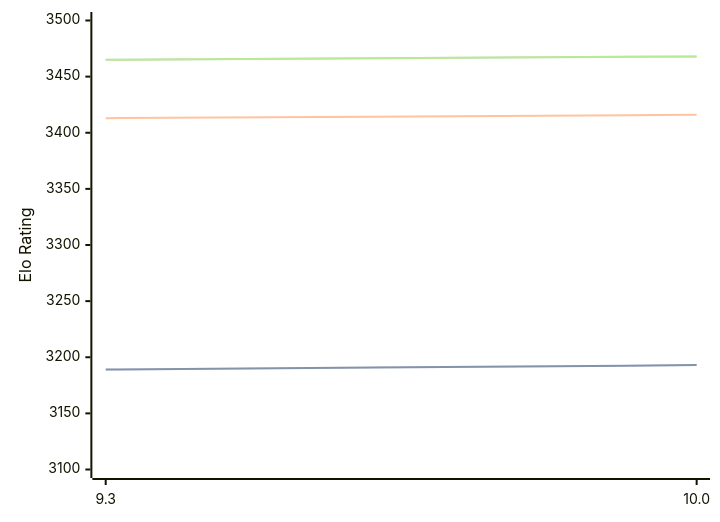
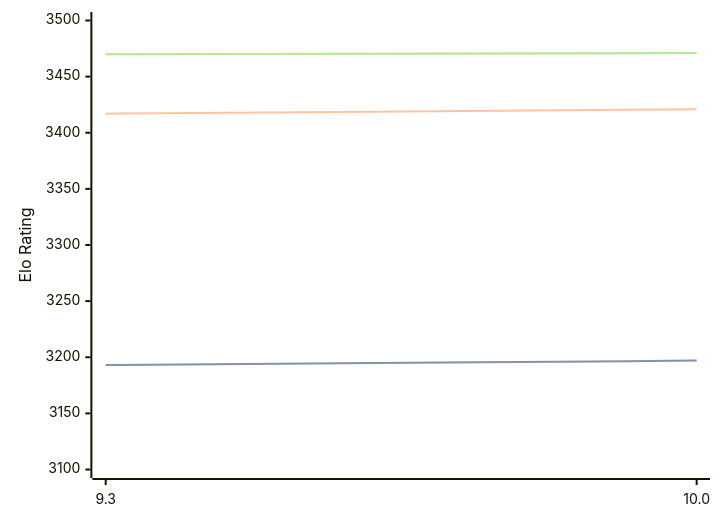
Before and after one commit to computer-chess-index/cci: the diagram in engines/Fire.md, drawn with Mermaid. The commit also changed other lines of this file, not shown here.

Commit message:
Update CCI Ratings (ELO VLTC) - 2026-05-02

````diff
--- a/engines/Fire.md
+++ b/engines/Fire.md
@@ -47,11 +47,11 @@
 ```mermaid
 %%{init: {"theme":"base","themeVariables":{"seriesColors:['#a3a3a3','#222221','#faa371']}}}%%
 xychart-beta
   x-axis ["9.3", "10.0"]
   y-axis "Elo Rating" 3100 --> 3500
-  line "STC (8.0+0.08s)" [3189, 3193]
-  line "STC (8.0+0.08s)" [3189, 3193]
-  line "LTC (60.0+0.60s)" [3413, 3416]
-  line "VLTC (2m24s+1.12s)" [3465, 3468]
-  line "VLTC (2m24s+1.12s)" [3465, 3468]
+  line "STC (8.0+0.08s)" [3193, 3197]
+  line "STC (8.0+0.08s)" [3193, 3197]
+  line "LTC (60.0+0.60s)" [3417, 3421]
+  line "VLTC (2m24s+1.12s)" [3470, 3471]
+  line "VLTC (2m24s+1.12s)" [3470, 3471]
 ```
````
